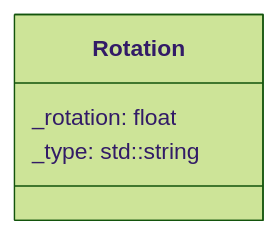
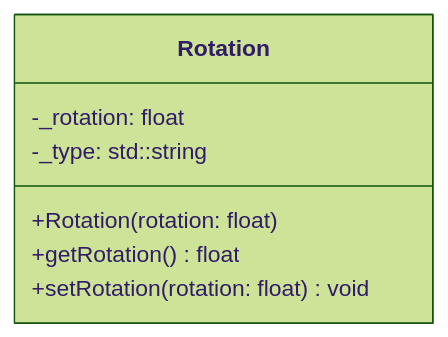
One commit to MYAMBO/R-Type changed the diagram in docs/ECS/component/Rotation.md. Above: the diagram before and after it, drawn with Mermaid (forest theme). The commit also changed other lines of this file and 6 other files, not shown here.

````diff
--- a/docs/ECS/component/Rotation.md
+++ b/docs/ECS/component/Rotation.md
@@ -11,7 +11,10 @@
 ```mermaid
 classDiagram
   class Rotation {
-    _rotation: float
-    _type: std::string
+    -_rotation: float
+    -_type: std::string
+    +Rotation(rotation: float)
+    +getRotation() float
+    +setRotation(rotation: float) void
   }
 ```
````
